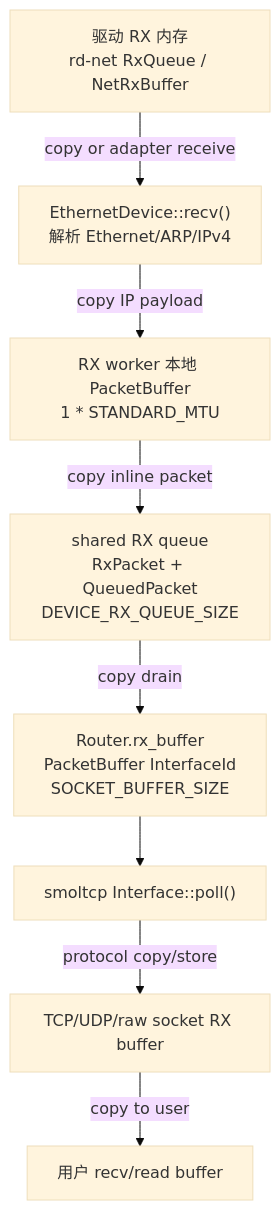
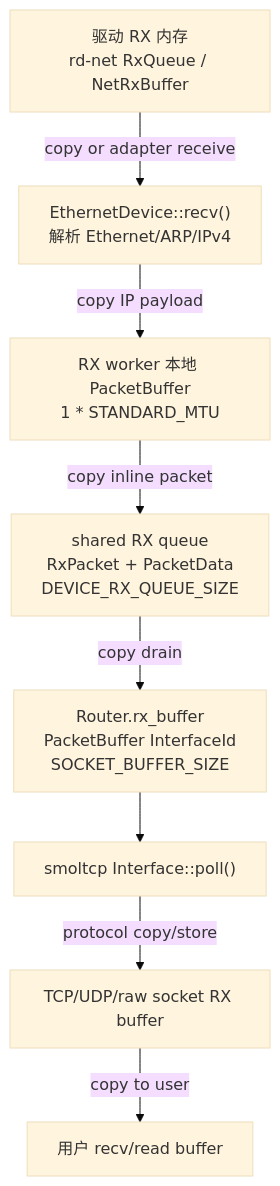
The second of 4 diagrams in docs/docs/architecture/net/memory.md (rcore-os/tgoskits), drawn with Mermaid (base theme) before and after one commit. The commit also changed other lines of this file and 19 other files, not shown here.

````diff
--- a/docs/docs/architecture/net/memory.md
+++ b/docs/docs/architecture/net/memory.md
@@ -130,19 +130,19 @@
 ```mermaid
 flowchart TB
     DriverRx["驱动 RX 内存<br/>rd-net RxQueue / NetRxBuffer"]
     EthRecv["EthernetDevice::recv()<br/>解析 Ethernet/ARP/IPv4"]
     LocalBuf["RX worker 本地 PacketBuffer<br/>1 * STANDARD_MTU"]
-    SharedRx["shared RX queue<br/>RxPacket + QueuedPacket<br/>DEVICE_RX_QUEUE_SIZE"]
+    SharedRx["shared RX queue<br/>RxPacket + PacketData<br/>DEVICE_RX_QUEUE_SIZE"]
     RouterRx["Router.rx_buffer<br/>PacketBuffer InterfaceId<br/>SOCKET_BUFFER_SIZE"]
     SmolPoll["smoltcp Interface::poll()"]
     SocketRx["TCP/UDP/raw socket RX buffer"]
     UserRecv["用户 recv/read buffer"]
 
     DriverRx -->|"copy or adapter receive"| EthRecv
     EthRecv -->|"copy IP payload"| LocalBuf
     LocalBuf -->|"copy inline packet"| SharedRx
     SharedRx -->|"copy drain"| RouterRx
     RouterRx --> SmolPoll
     SmolPoll -->|"protocol copy/store"| SocketRx
     SocketRx -->|"copy to user"| UserRecv
 ```
````
